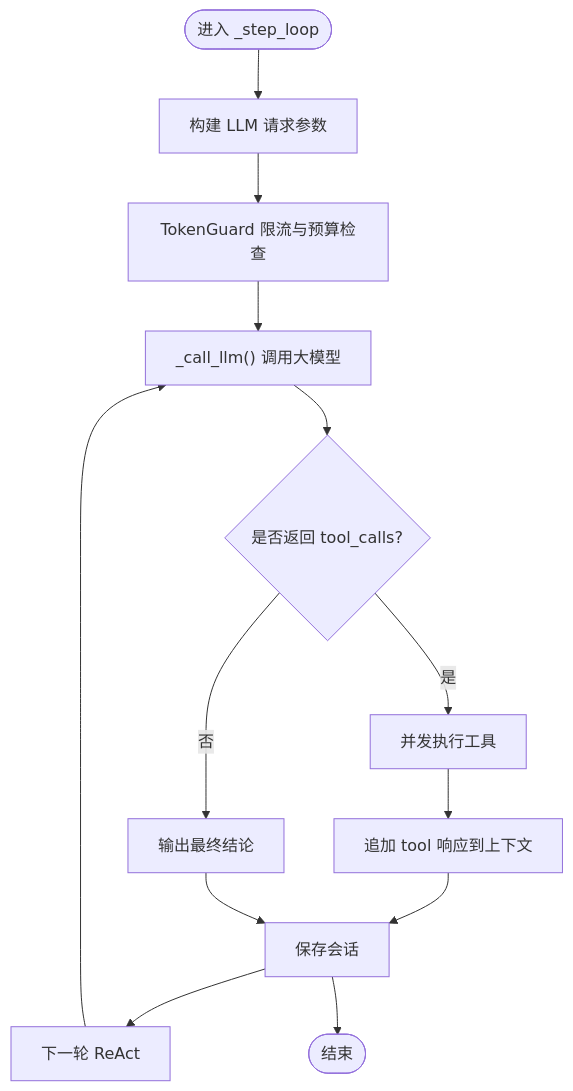
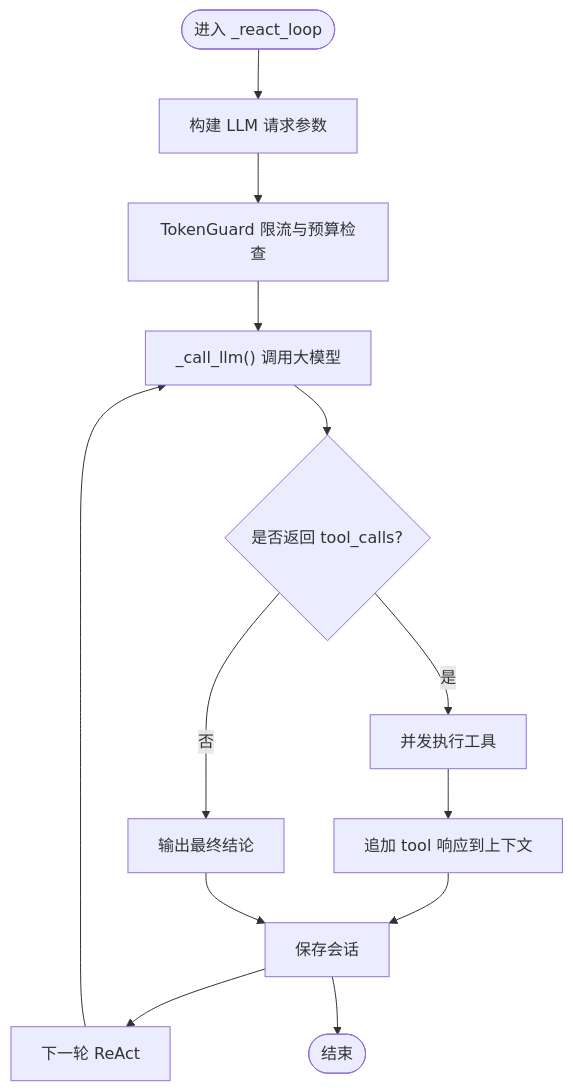
Before and after one commit to songlinhe5-lab/quant_agent: the third of 6 diagrams in .qoder/repowiki/zh/content/AI智能代理系统/Hermes Agent架构设计.md, drawn with Mermaid. The commit also changed other lines of this file and 296 other files, not shown here.

````diff
--- a/.qoder/repowiki/zh/content/AI智能代理系统/Hermes Agent架构设计.md
+++ b/.qoder/repowiki/zh/content/AI智能代理系统/Hermes Agent架构设计.md
@@ -173,15 +180,15 @@
 ```mermaid
 flowchart TD
-Start(["进入 _step_loop"]) --> BuildKwargs["构建 LLM 请求参数"]
+Start(["进入 _react_loop"]) --> BuildKwargs["构建 LLM 请求参数"]
 BuildKwargs --> Guard["TokenGuard 限流与预算检查"]
 Guard --> CallLLM["_call_llm() 调用大模型"]
 CallLLM --> HasTools{"是否返回 tool_calls?"}
 HasTools --> |是| ExecTools["并发执行工具"]
 ExecTools --> AppendTool["追加 tool 响应到上下文"]
 AppendTool --> SaveSession["保存会话"]
 SaveSession --> NextIter["下一轮 ReAct"]
 NextIter --> CallLLM
 HasTools --> |否| Output["输出最终结论"]
 Output --> SaveSession
 SaveSession --> End(["结束"])
 ```
````
